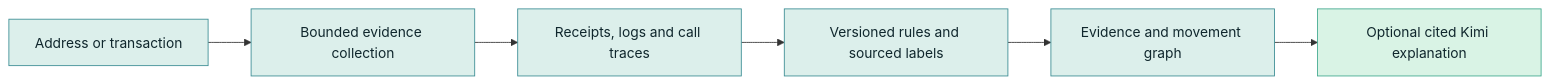
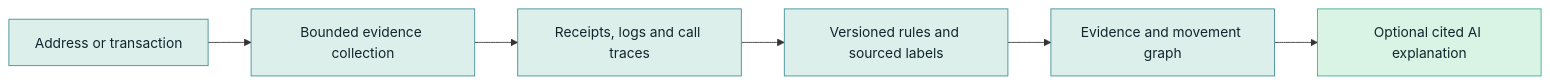
One commit to sjdsjadjajdjsa/chainsightline changed the first of 2 diagrams in README.md. Above: the diagram before and after it, drawn with Mermaid. The commit also changed other lines of this file and 14 other files, not shown here.

````diff
--- a/README.md
+++ b/README.md
@@ -29,15 +29,15 @@
 ```mermaid
 flowchart LR
     A["Address or transaction"] --> B["Bounded evidence collection"]
     B --> C["Receipts, logs and call traces"]
     C --> D["Versioned rules and sourced labels"]
     D --> E["Evidence and movement graph"]
-    E --> F["Optional cited Kimi explanation"]
+    E --> F["Optional cited AI explanation"]
 
     style A fill:#dcefeb,stroke:#3c8d94,color:#10272d
     style B fill:#dcefeb,stroke:#3c8d94,color:#10272d
     style C fill:#dcefeb,stroke:#3c8d94,color:#10272d
     style D fill:#dcefeb,stroke:#3c8d94,color:#10272d
     style E fill:#dcefeb,stroke:#3c8d94,color:#10272d
     style F fill:#d9f3e5,stroke:#41a98f,color:#10272d
 ```
````
